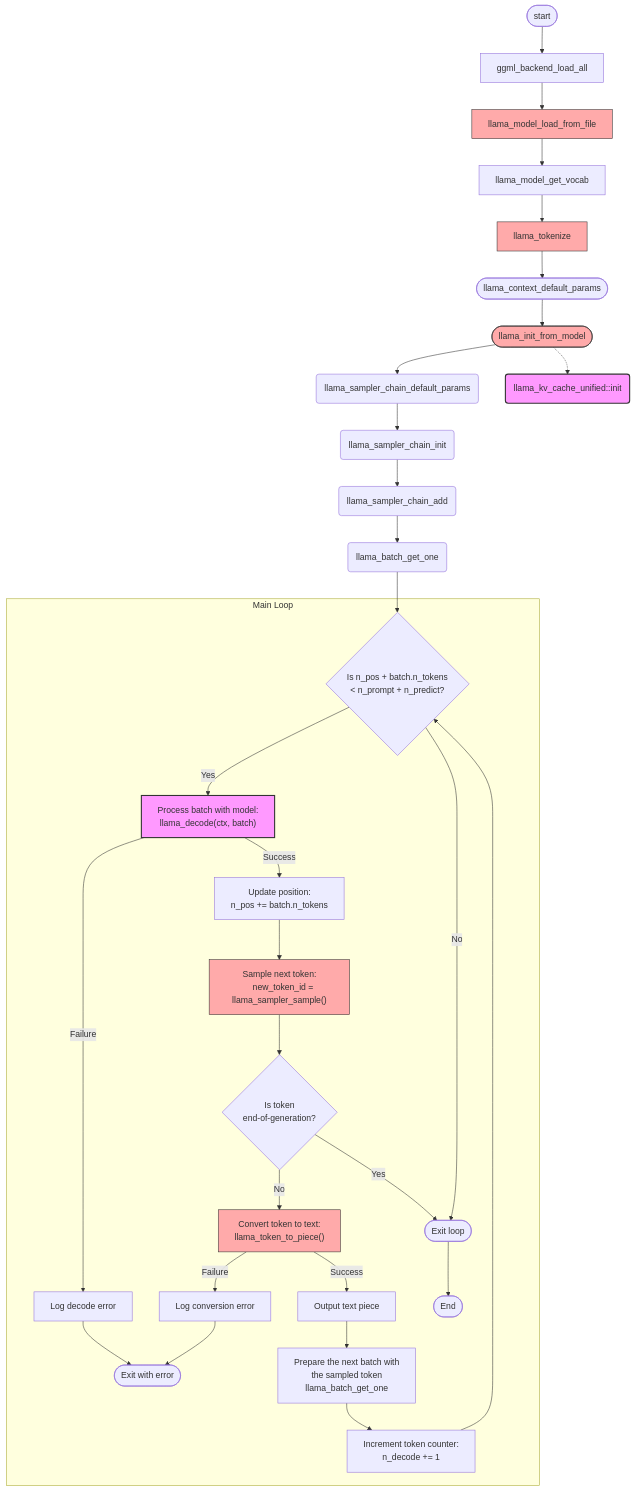
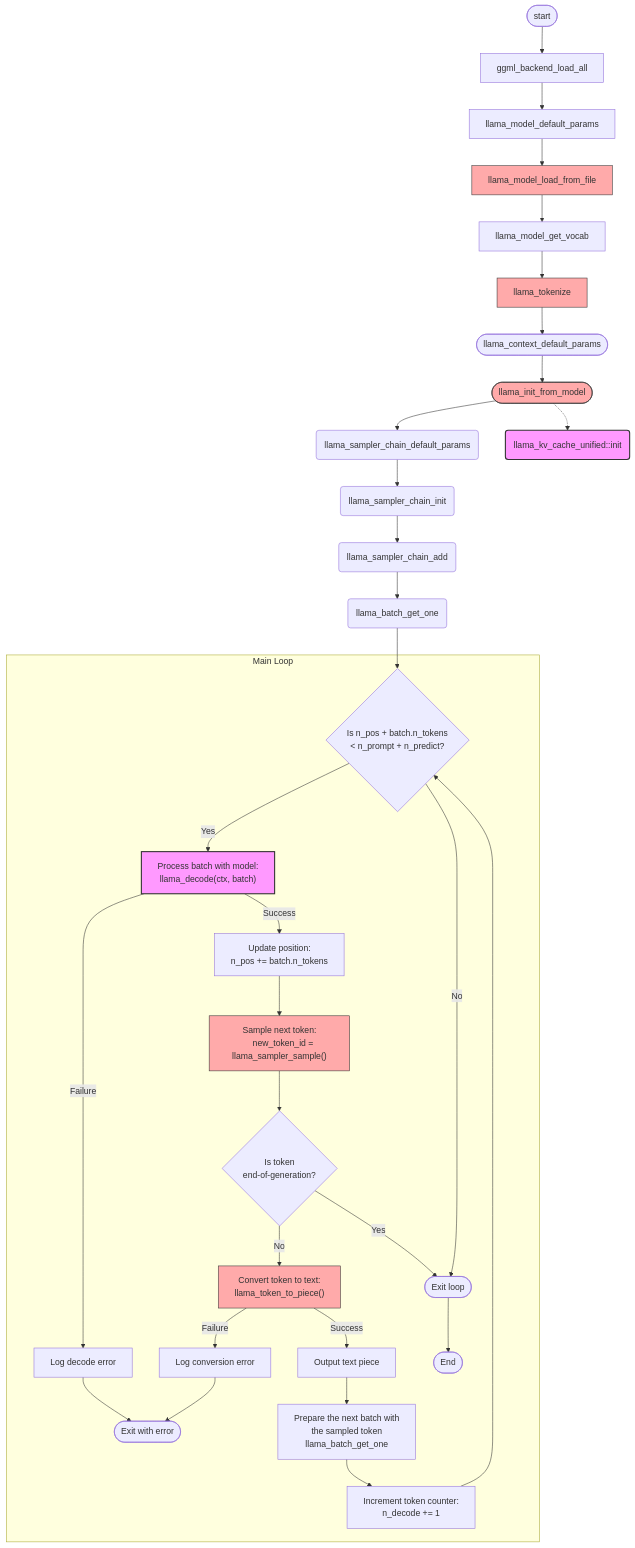
The first of 15 diagrams in LLM/llama.cpp_flowchart.md (cshbli/ML-CV-AI), drawn with Mermaid before and after one commit. The commit also changed other lines of this file, not shown here.

Commit message:
Try to make reference on the flowchart

````diff
--- a/LLM/llama.cpp_flowchart.md
+++ b/LLM/llama.cpp_flowchart.md
@@ -5,61 +5,63 @@
 ```mermaid
 flowchart TD
   start([start]) --> backend_load["ggml_backend_load_all"]
-  backend_load --> model_load["llama_model_load_from_file"]
+  backend_load --> default_params["llama_model_default_params"]
+  default_params --> model_load["llama_model_load_from_file"]
+  click model_load "#llama_model_load_from_file() in llama.cpp"
   model_load --> get_vocab["llama_model_get_vocab"]
   get_vocab --> tokenize["llama_tokenize"]
   tokenize --> default_context(["llama_context_default_params"])
   default_context --> context_init(["llama_init_from_model"])
   context_init --> sampler_chain_default("llama_sampler_chain_default_params")
   context_init -.-> kv_cache_init("llama_kv_cache_unified::init")
   sampler_chain_default --> sampler_chain_init("llama_sampler_chain_init")
   sampler_chain_init --> sampler_chain_add("llama_sampler_chain_add")
   sampler_chain_add --> get_one_batch("llama_batch_get_one")
   get_one_batch --> loop_check{"Is n_pos + batch.n_tokens 
     < n_prompt + n_predict?"}
 
   subgraph main_loop["Main Loop"]
     loop_check -->|Yes| decode["Process batch with model:
     llama_decode(ctx, batch)"]
     decode -->|Success| update_pos["Update position: 
     n_pos += batch.n_tokens"]
     
     decode -->|Failure| error_decode["Log decode error"]
     error_decode --> exit([Exit with error])
 
     update_pos --> sample["Sample next token:
     new_token_id = llama_sampler_sample()"]
     
     sample --> check_eog{"Is token
     end-of-generation?"}
     
     check_eog -->|Yes| exit_loop([Exit loop])
     
     check_eog -->|No| convert["Convert token to text:
     llama_token_to_piece()"]
     
     convert -->|Success| print["Output text piece"]
     
     convert -->|Failure| error_convert["Log conversion error"]
     error_convert --> exit
     
     print --> prepare["Prepare the next batch with
     the sampled token<br>llama_batch_get_one"]
     
     prepare --> increment["Increment token counter:
     n_decode += 1"]
     
     increment --> loop_check
 
     loop_check -->|No| exit_loop
     
     exit_loop --> finish([End])
     
   end
 
   classDef CoreProcess fill:#f9f,stroke:#333,stroke-width:2px;
   classDef process fill:#faa,stroke:#333,stroke-width:1px;
 
   class decode,kv_cache_init CoreProcess;
   class model_load,tokenize,context_init,sample,convert process;  
 ```
````
